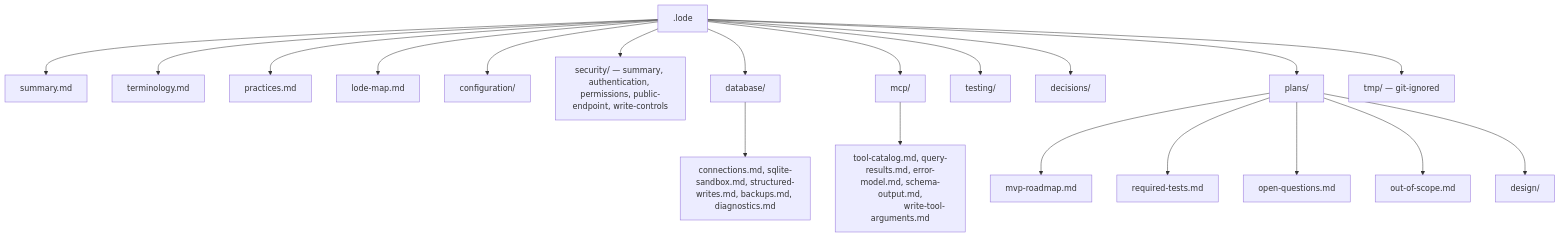
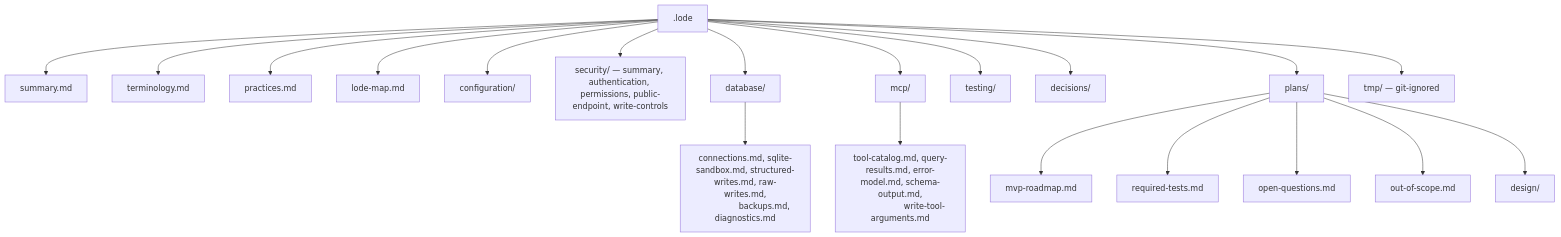
Before and after one commit to xakpc/sqlite-mcp-sidecar: the diagram in .lode/lode-map.md, drawn with Mermaid. The commit also changed other lines of this file and 33 other files, not shown here.

````diff
--- a/.lode/lode-map.md
+++ b/.lode/lode-map.md
@@ -8,23 +8,24 @@
 ```mermaid
 flowchart TD
     root[.lode] --> s[summary.md]
     root --> t[terminology.md]
     root --> p[practices.md]
     root --> m[lode-map.md]
     root --> cfg[configuration/]
     root --> sec[security/ — summary, authentication, permissions, public-endpoint, write-controls]
     root --> dbd[database/]
     root --> mcpd[mcp/]
     root --> tst[testing/]
     root --> dec[decisions/]
     root --> plans[plans/]
     root --> tmp[tmp/ — git-ignored]
-    dbd --> dbs[connections.md, sqlite-sandbox.md, structured-writes.md, backups.md, diagnostics.md]
+    dbd --> dbs[connections.md, sqlite-sandbox.md, structured-writes.md, raw-writes.md,
+                backups.md, diagnostics.md]
     mcpd --> mcps[tool-catalog.md, query-results.md, error-model.md, schema-output.md,
                    write-tool-arguments.md]
     plans --> rm[mvp-roadmap.md]
     plans --> rt[required-tests.md]
     plans --> oq[open-questions.md]
     plans --> oos[out-of-scope.md]
     plans --> d[design/]
 ```
````
